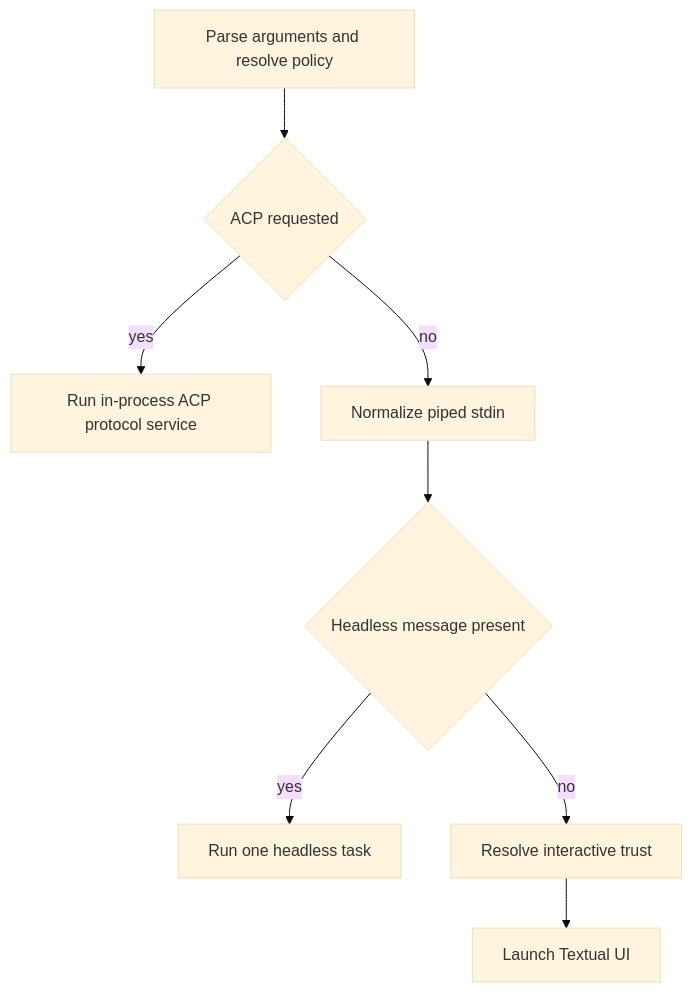
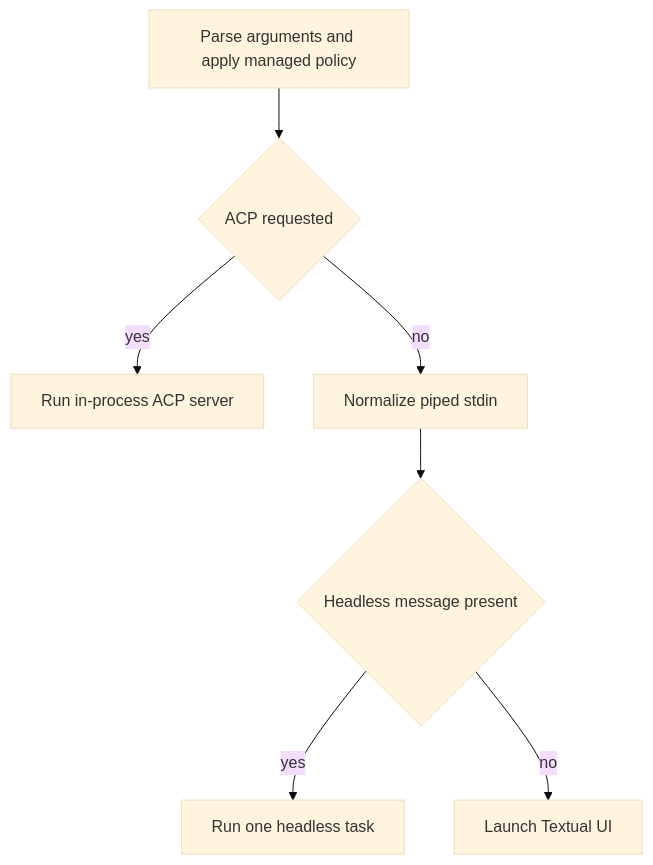
One commit to langchain-ai/deepagents changed the first of 3 diagrams in openwiki/workflows/run-dcode-session.md. Above: the diagram before and after it, drawn with Mermaid (base theme). The commit also changed other lines of this file and 33 other files, not shown here.

````diff
--- a/openwiki/workflows/run-dcode-session.md
+++ b/openwiki/workflows/run-dcode-session.md
@@ -53,10 +63,9 @@
 ```mermaid
 flowchart TD
-    Args["Parse arguments and resolve policy"] --> ACPChoice{"ACP requested"}
-    ACPChoice -->|yes| ACP["Run in-process ACP protocol service"]
+    Args["Parse arguments and apply managed policy"] --> ACPChoice{"ACP requested"}
+    ACPChoice -->|yes| ACP["Run in-process ACP server"]
     ACPChoice -->|no| Pipe["Normalize piped stdin"]
-    Pipe --> TaskChoice{"Headless message present"}
-    TaskChoice -->|yes| Headless["Run one headless task"]
-    TaskChoice -->|no| Trust["Resolve interactive trust"]
-    Trust --> TUI["Launch Textual UI"]
+    Pipe --> HeadlessChoice{"Headless message present"}
+    HeadlessChoice -->|yes| Headless["Run one headless task"]
+    HeadlessChoice -->|no| TUI["Launch Textual UI"]
 ```
````
